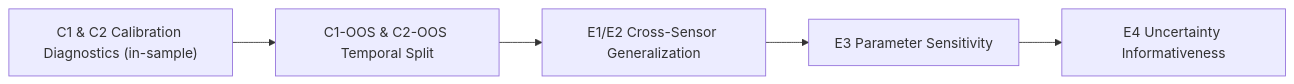
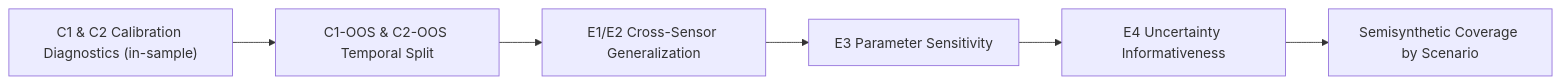
Before and after one commit to vanamagautam24/co2-occupancy-duration-inference-paper: the second of 3 diagrams in README.md, drawn with Mermaid. The commit also changed other lines of this file and 52 other files, not shown here.

````diff
--- a/README.md
+++ b/README.md
@@ -30,7 +30,8 @@
 ```mermaid
 flowchart LR
     C1["C1 & C2 Calibration Diagnostics (in-sample)"] --> OOS["C1-OOS & C2-OOS Temporal Split"]
     OOS --> E1[E1/E2 Cross-Sensor Generalization]
     E1 --> E2[E3 Parameter Sensitivity]
     E2 --> E3[E4 Uncertainty Informativeness]
+    E3 --> S1[Semisynthetic Coverage by Scenario]
 ```
````
